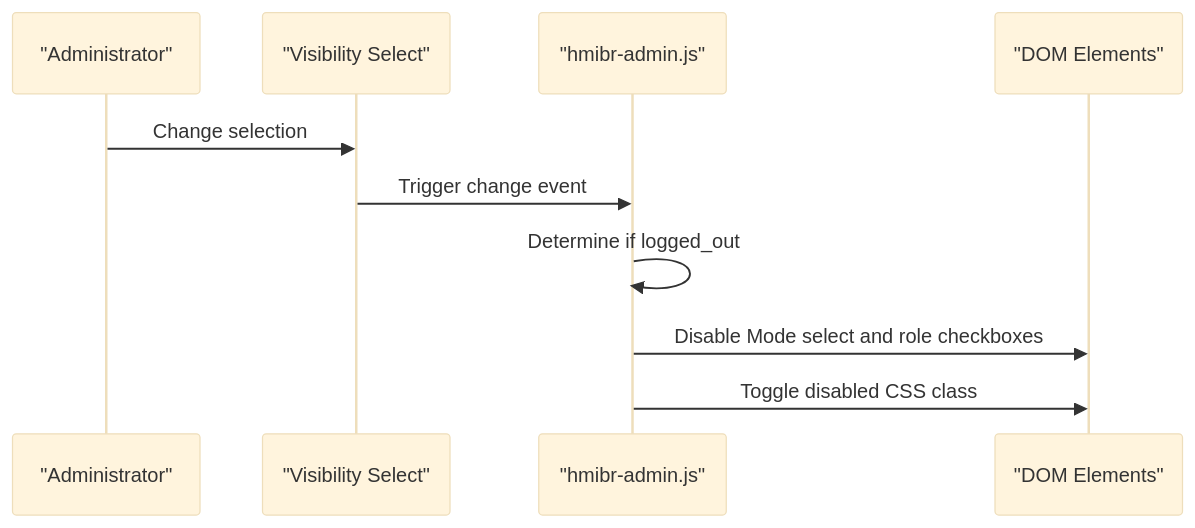
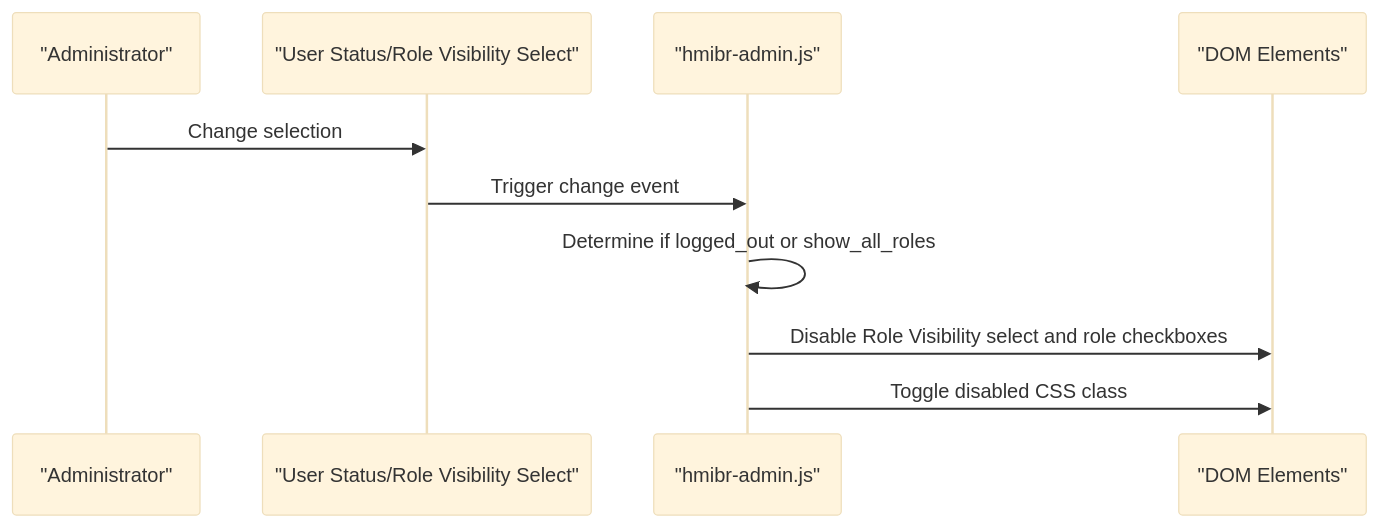
Before and after one commit to mahfuzurwp/hide-menu-items-by-role: the fifth of 6 diagrams in .qoder/repowiki/en/content/Features Guide/Admin Interface & User Experience.md, drawn with Mermaid (base theme). The commit also changed other lines of this file and 20 other files, not shown here.

````diff
--- a/.qoder/repowiki/en/content/Features Guide/Admin Interface & User Experience.md
+++ b/.qoder/repowiki/en/content/Features Guide/Admin Interface & User Experience.md
@@ -218,12 +235,12 @@
 ```mermaid
 sequenceDiagram
 participant User as "Administrator"
-participant Select as "Visibility Select"
+participant Select as "User Status/Role Visibility Select"
 participant JS as "hmibr-admin.js"
 participant DOM as "DOM Elements"
 User->>Select : Change selection
 Select->>JS : Trigger change event
-JS->>JS : Determine if logged_out
-JS->>DOM : Disable Mode select and role checkboxes
+JS->>JS : Determine if logged_out or show_all_roles
+JS->>DOM : Disable Role Visibility select and role checkboxes
 JS->>DOM : Toggle disabled CSS class
 ```
````
